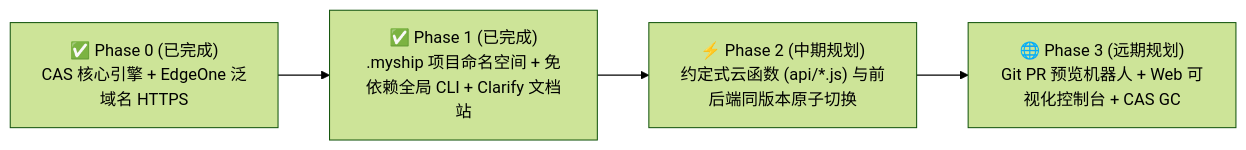
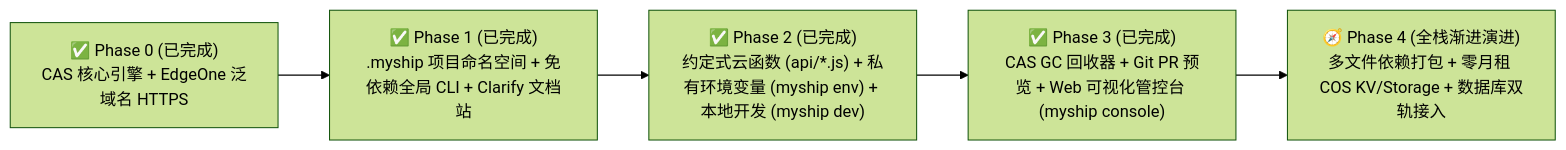
One commit to huxy2023/myship changed the diagram in docs/04-roadmap.md. Above: the diagram before and after it, drawn with Mermaid (forest theme). The commit also changed other lines of this file and 29 other files, not shown here.

First line of the commit message:
feat(scf,console): Edge API, SCF full-stack backend, Web Console & GC/RM lifecycle (v0.2.0)

````diff
--- a/docs/04-roadmap.md
+++ b/docs/04-roadmap.md
@@ -23,6 +23,7 @@
 ```mermaid
 flowchart LR
     P0["✅ Phase 0 (已完成)<br/>CAS 核心引擎 + EdgeOne 泛域名 HTTPS"] --> P1["✅ Phase 1 (已完成)<br/>.myship 项目命名空间 + 免依赖全局 CLI + Clarify 文档站"]
-    P1 --> P2["⚡ Phase 2 (中期规划)<br/>约定式云函数 (api/*.js) 与前后端同版本原子切换"]
-    P2 --> P3["🌐 Phase 3 (远期规划)<br/>Git PR 预览机器人 + Web 可视化控制台 + CAS GC"]
+    P1 --> P2["✅ Phase 2 (已完成)<br/>约定式云函数 (api/*.js) + 私有环境变量 (myship env) + 本地开发 (myship dev)"]
+    P2 --> P3["✅ Phase 3 (已完成)<br/>CAS GC 回收器 + Git PR 预览 + Web 可视化管控台 (myship console)"]
+    P3 --> P4["🧭 Phase 4 (全栈渐进演进)<br/>多文件依赖打包 + 零月租 COS KV/Storage + 数据库双轨接入"]
 ```
````
